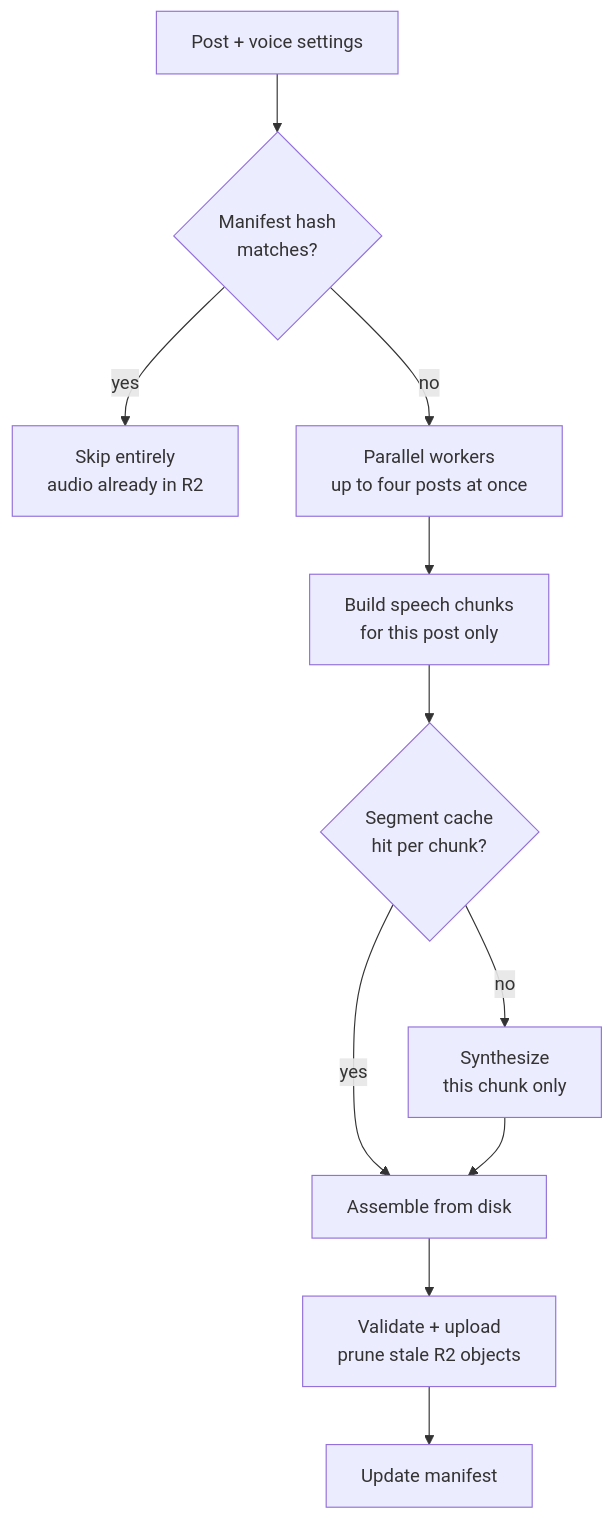
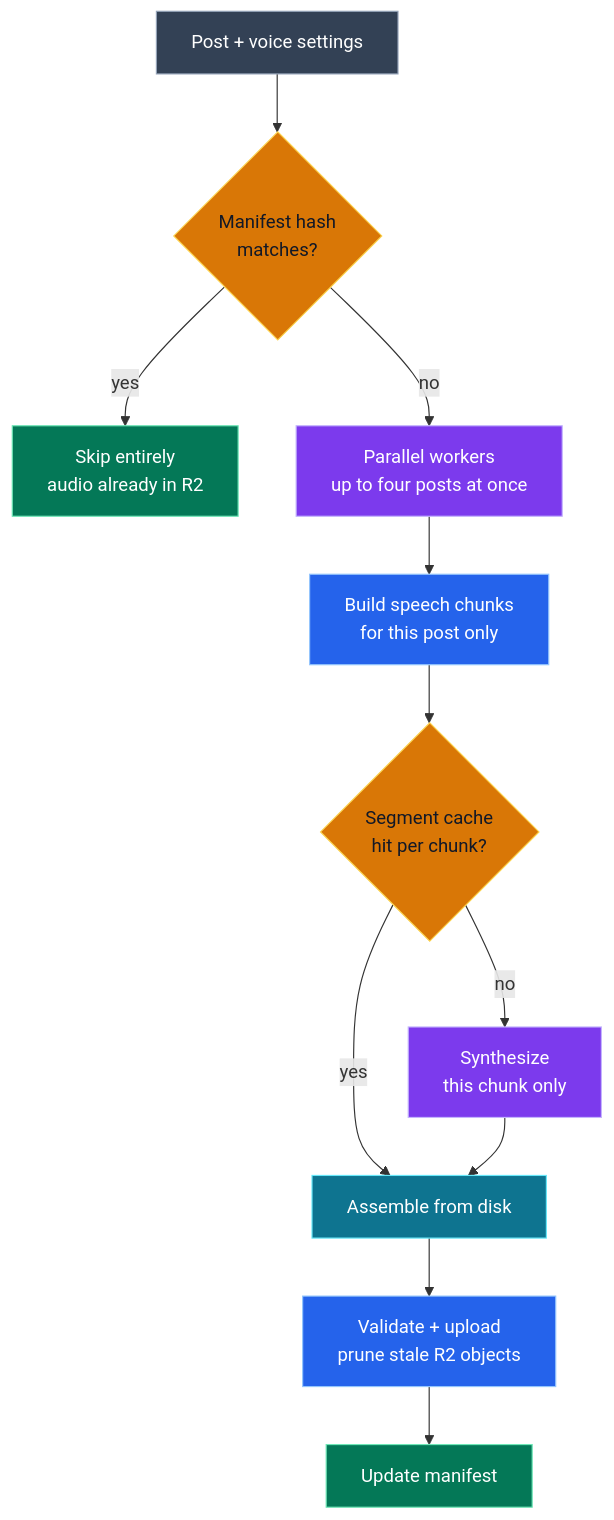
One commit to g-savitha/gsavitha.in changed the seventh of 7 diagrams in src/content/blog/blog-audio-player.md. Above: the diagram before and after it, drawn with Mermaid. The commit also changed other lines of this file and 6 other files, not shown here.

Commit message:
Mermaid: restore the original hand-picked palette (AA nudges, rose instead of bright red)

````diff
--- a/src/content/blog/blog-audio-player.md
+++ b/src/content/blog/blog-audio-player.md
@@ -395,13 +433,20 @@
 ```mermaid
 flowchart TD
     POST["Post + voice settings"]:::content --> M{"Manifest hash\nmatches?"}:::decision
     M -->|"yes"| SKIP["Skip entirely\naudio already in R2"]:::success
     M -->|"no"| WORKERS["Parallel workers\nup to four posts at once"]:::accent
     WORKERS --> CHUNKS["Build speech chunks\nfor this post only"]:::primary
     CHUNKS --> CACHE{"Segment cache\nhit per chunk?"}:::decision
     CACHE -->|"yes"| ASSEMBLE["Assemble from disk"]:::info
     CACHE -->|"no"| TTS["Synthesize\nthis chunk only"]:::accent
     TTS --> ASSEMBLE
     ASSEMBLE --> UPLOAD["Validate + upload\nprune stale R2 objects"]:::primary
     UPLOAD --> MANIFEST["Update manifest"]:::success
+
+    classDef primary fill:#2563eb,stroke:#93c5fd,color:#ffffff
+    classDef accent fill:#7c3aed,stroke:#c4b5fd,color:#ffffff
+    classDef success fill:#047857,stroke:#6ee7b7,color:#ffffff
+    classDef decision fill:#d97706,stroke:#fcd34d,color:#111827
+    classDef info fill:#0e7490,stroke:#67e8f9,color:#ffffff
+    classDef content fill:#334155,stroke:#94a3b8,color:#ffffff
 ```
````
